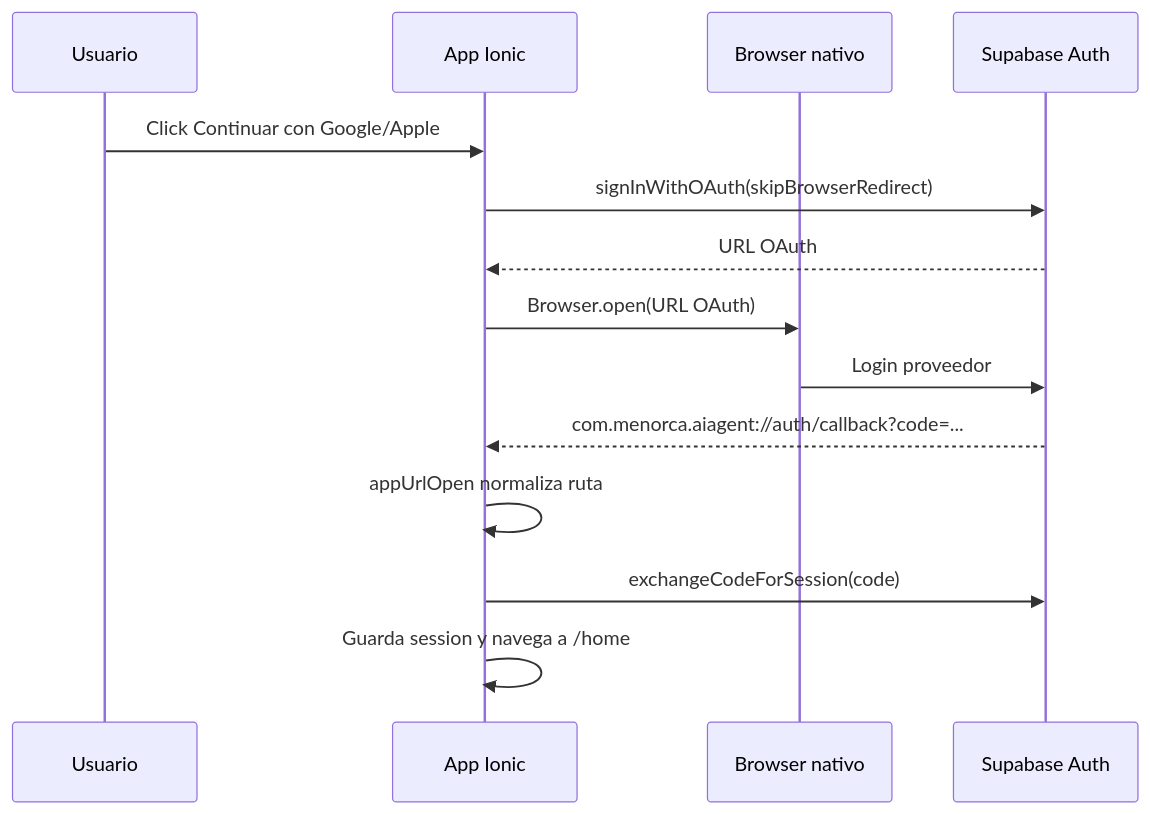
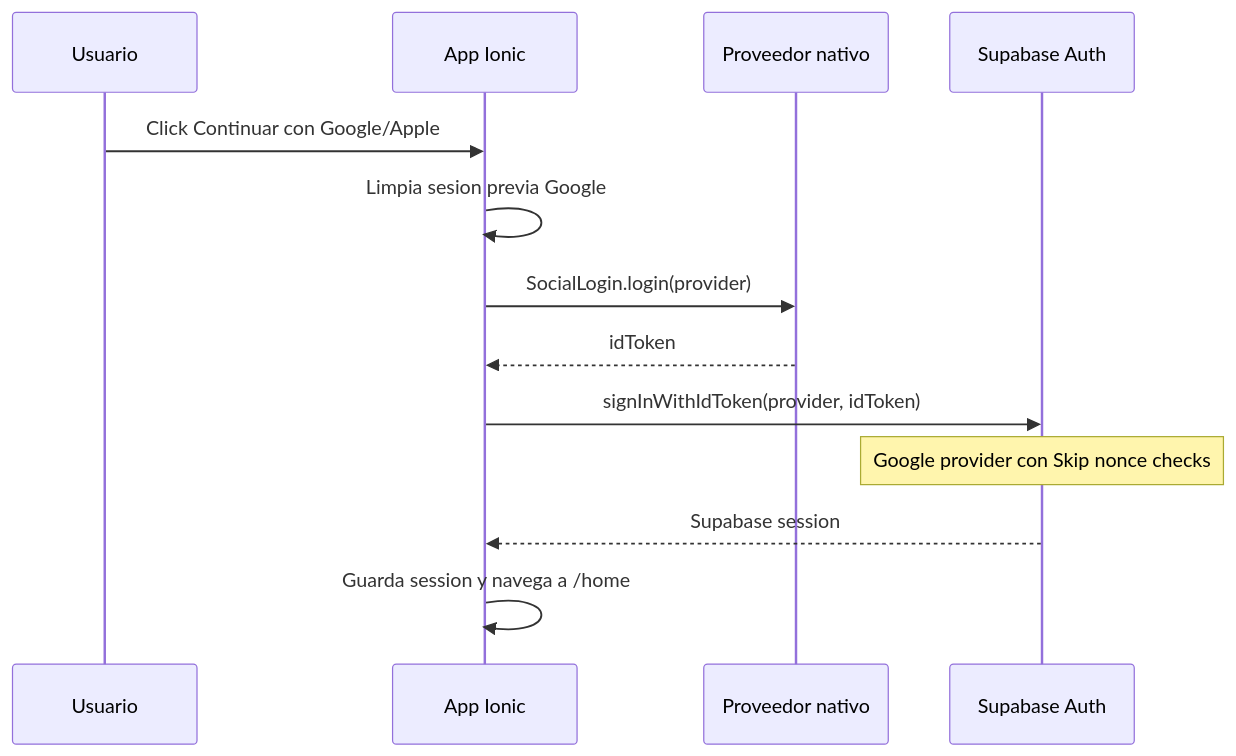
The third of 4 diagrams in docs/architecture.md (MENORCA-AI-AGENT/frontend-ai), drawn with Mermaid before and after one commit. The commit also changed other lines of this file and 40 other files, not shown here.

````diff
--- a/docs/architecture.md
+++ b/docs/architecture.md
@@ -84,17 +99,16 @@
 ```mermaid
 sequenceDiagram
   participant U as Usuario
   participant A as App Ionic
-  participant B as Browser nativo
+  participant P as Proveedor nativo
   participant S as Supabase Auth
 
   U->>A: Click Continuar con Google/Apple
-  A->>S: signInWithOAuth(skipBrowserRedirect)
-  S-->>A: URL OAuth
-  A->>B: Browser.open(URL OAuth)
-  B->>S: Login proveedor
-  S-->>A: com.menorca.aiagent://auth/callback?code=...
-  A->>A: appUrlOpen normaliza ruta
-  A->>S: exchangeCodeForSession(code)
+  A->>A: Limpia sesion previa Google
+  A->>P: SocialLogin.login(provider)
+  P-->>A: idToken
+  A->>S: signInWithIdToken(provider, idToken)
+  Note over S: Google provider con Skip nonce checks
+  S-->>A: Supabase session
   A->>A: Guarda session y navega a /home
 ```
````
